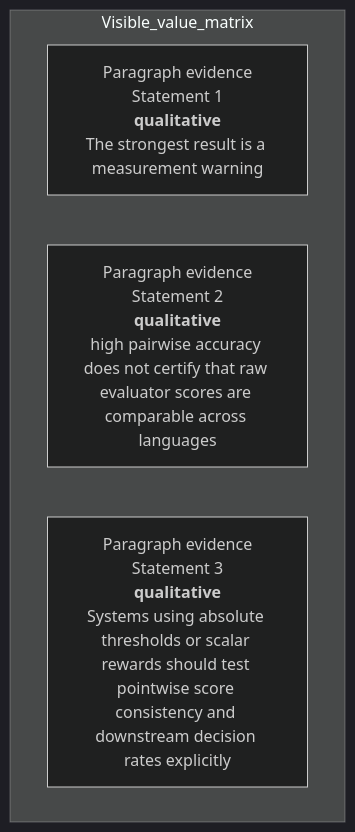
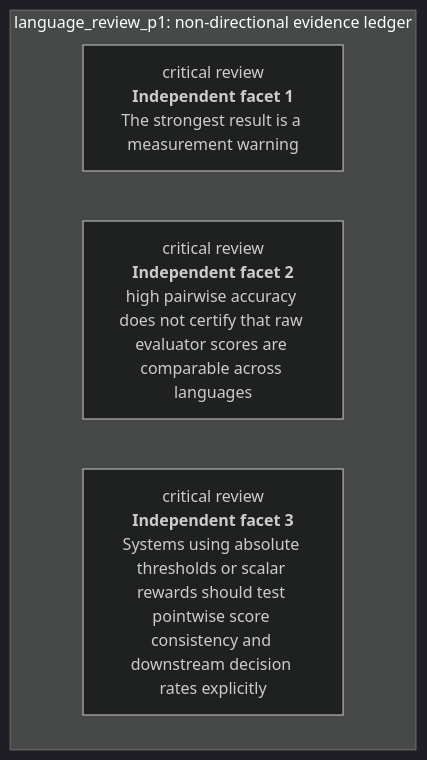
Diagram 44 of 48 in docs/visual-manifests/VISUAL_MANIFEST_LLM_EVALUATORS_LANGUAGES.md (Betancourt1/paper_atlas), drawn with Mermaid (dark theme) before and after one commit. The commit also changed other lines of this file and 7 other files, not shown here.

````diff
--- a/docs/visual-manifests/VISUAL_MANIFEST_LLM_EVALUATORS_LANGUAGES.md
+++ b/docs/visual-manifests/VISUAL_MANIFEST_LLM_EVALUATORS_LANGUAGES.md
@@ -3711,8 +3719,8 @@
 ```mermaid
 flowchart TB
-  subgraph Visible_value_matrix
-    r1["Paragraph evidence<br/>Statement 1<br/><b>qualitative</b><br/>The strongest result is a measurement warning"]
-    r2["Paragraph evidence<br/>Statement 2<br/><b>qualitative</b><br/>high pairwise accuracy does not certify that raw evaluator scores are comparable across languages"]
-    r3["Paragraph evidence<br/>Statement 3<br/><b>qualitative</b><br/>Systems using absolute thresholds or scalar rewards should test pointwise score consistency and downstream decision rates explicitly"]
+  subgraph Ledger["language_review_p1: non-directional evidence ledger"]
+    r1["critical review<br/><b>Independent facet 1</b><br/>The strongest result is a measurement warning"]
+    r2["critical review<br/><b>Independent facet 2</b><br/>high pairwise accuracy does not certify that raw evaluator scores are comparable across languages"]
+    r3["critical review<br/><b>Independent facet 3</b><br/>Systems using absolute thresholds or scalar rewards should test pointwise score consistency and downstream decision rates explicitly"]
   end
 ```
````
